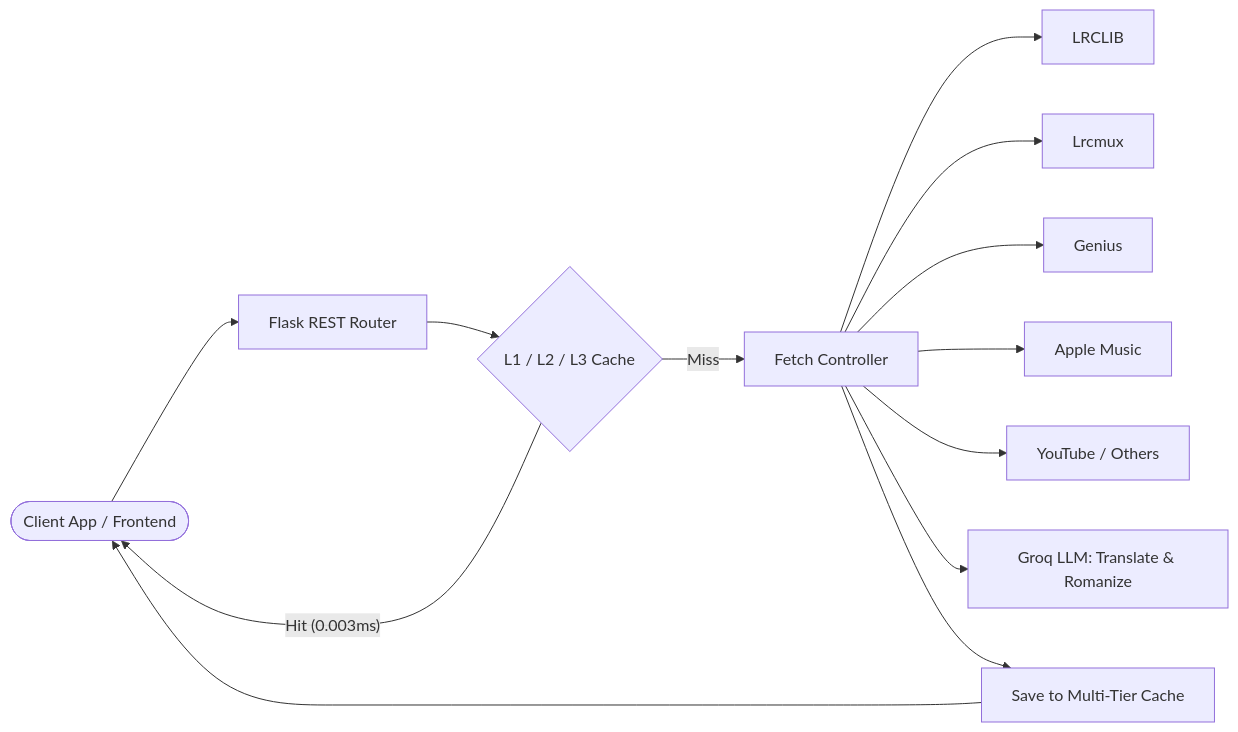
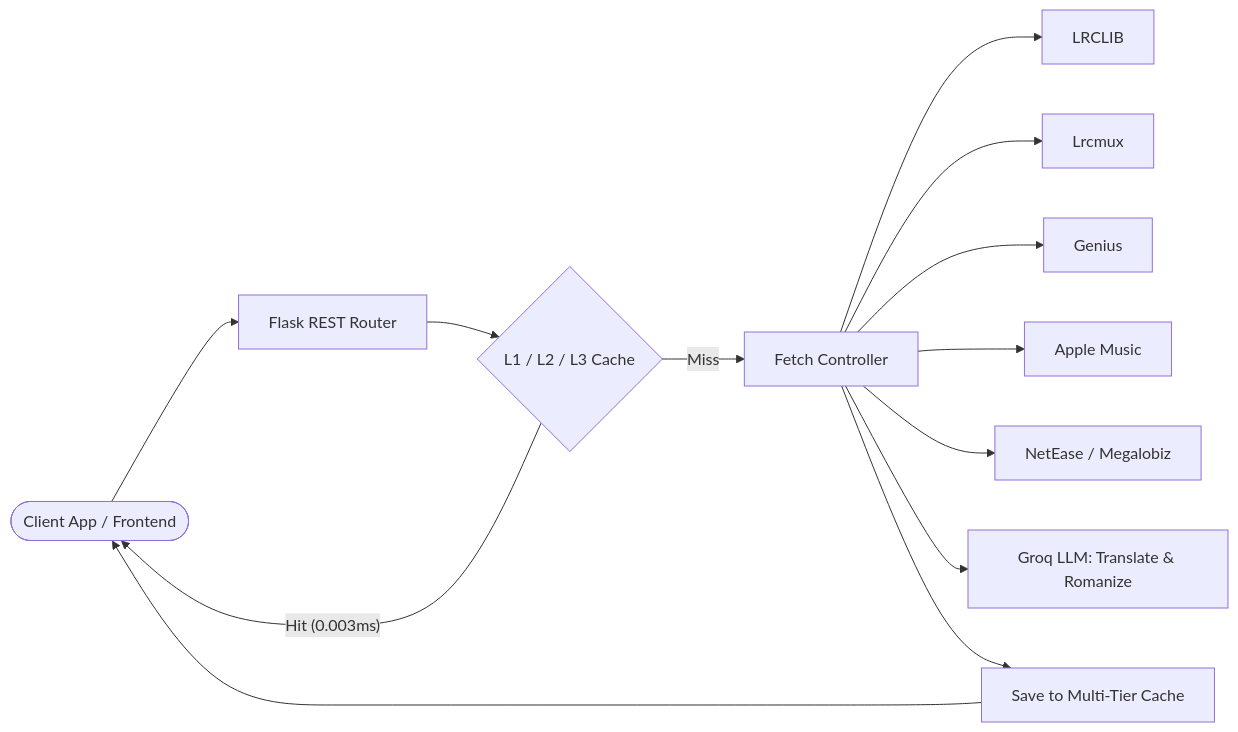
One commit to Wilooper/Lyrica changed the diagram in docs/index.md. Above: the diagram before and after it, drawn with Mermaid. The commit also changed other lines of this file and 44 other files, not shown here.

````diff
--- a/docs/index.md
+++ b/docs/index.md
@@ -15,15 +15,15 @@
 ```mermaid
 graph LR
     Client([Client App / Frontend]) --> Router[Flask REST Router]
     Router --> Cache{L1 / L2 / L3 Cache}
     Cache -- Hit (0.003ms) --> Client
     Cache -- Miss --> Controller[Fetch Controller]
     Controller --> S1[LRCLIB]
     Controller --> S2[Lrcmux]
     Controller --> S3[Genius]
     Controller --> S4[Apple Music]
-    Controller --> S5[YouTube / Others]
+    Controller --> S5[NetEase / Megalobiz]
     Controller --> LLM[Groq LLM: Translate & Romanize]
     Controller --> SaveCache[Save to Multi-Tier Cache]
     SaveCache --> Client
 ```
````
